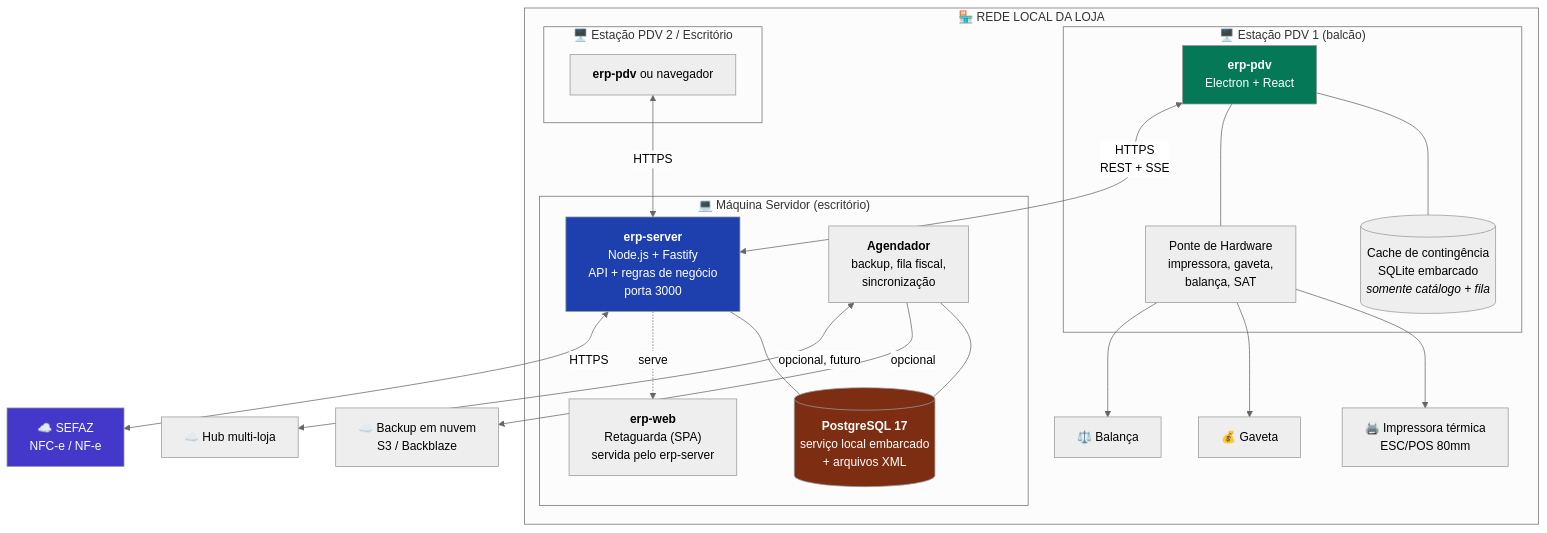
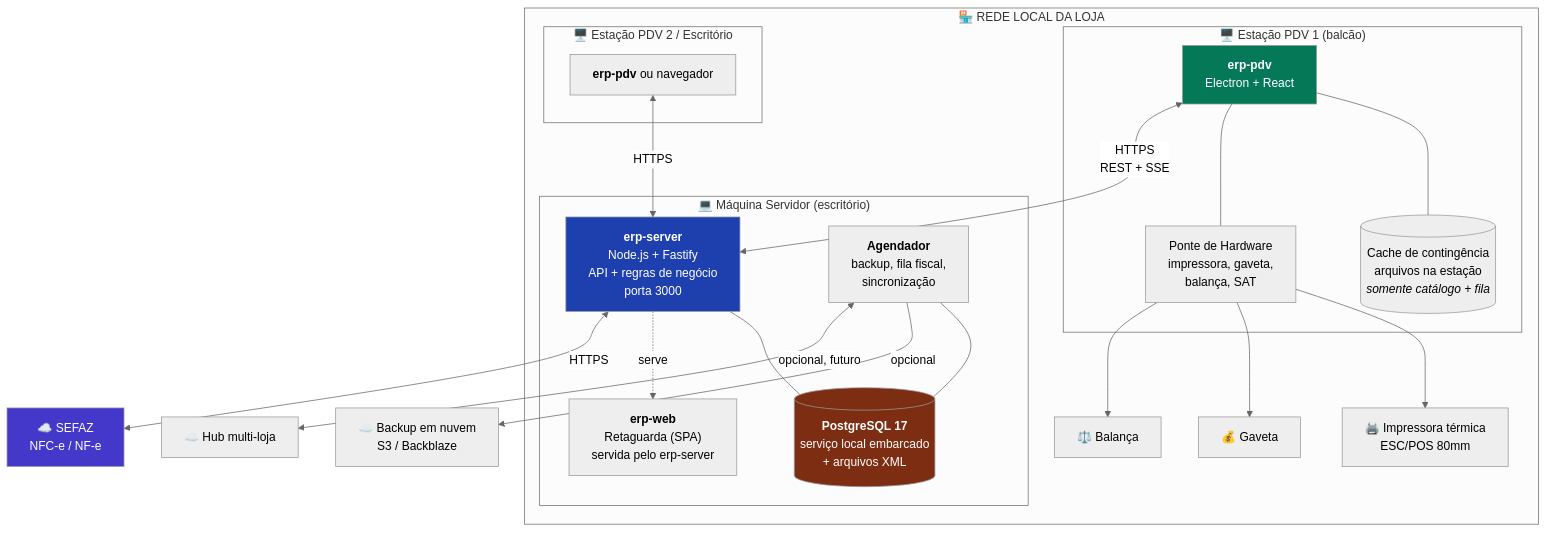
Before and after one commit to brilhatex-dotcom/erp-pdv: the second of 17 diagrams in docs/ARQUITETURA.md, drawn with Mermaid (neutral theme). The commit also changed other lines of this file and 21 other files, not shown here.

First line of the commit message:
feat(pdv,servidor): contingência offline — fila durável e sincronização idempotente

````diff
--- a/docs/ARQUITETURA.md
+++ b/docs/ARQUITETURA.md
@@ -181,41 +182,41 @@
 ```mermaid
 graph TB
     subgraph LOJA["🏪 REDE LOCAL DA LOJA"]
         subgraph SRV["💻 Máquina Servidor (escritório)"]
             API["<b>erp-server</b><br/>Node.js + Fastify<br/>API + regras de negócio<br/>porta 3000"]
             DB[("<b>PostgreSQL 17</b><br/>serviço local embarcado<br/>+ arquivos XML")]
             JOBS["<b>Agendador</b><br/>backup, fila fiscal,<br/>sincronização"]
             WEB["<b>erp-web</b><br/>Retaguarda (SPA)<br/>servida pelo erp-server"]
             API --- DB
             JOBS --- DB
             API -.serve.-> WEB
         end
 
         subgraph EST1["🖥️ Estação PDV 1 (balcão)"]
             PDV1["<b>erp-pdv</b><br/>Electron + React"]
-            LOCAL1[("Cache de contingência<br/>SQLite embarcado<br/><i>somente catálogo + fila</i>")]
+            LOCAL1[("Cache de contingência<br/>arquivos na estação<br/><i>somente catálogo + fila</i>")]
             HW1["Ponte de Hardware<br/>impressora, gaveta,<br/>balança, SAT"]
             PDV1 --- LOCAL1
             PDV1 --- HW1
         end
 
         subgraph EST2["🖥️ Estação PDV 2 / Escritório"]
             PDV2["<b>erp-pdv</b> ou navegador"]
         end
 
         PDV1 <-->|"HTTPS<br/>REST + SSE"| API
         PDV2 <-->|HTTPS| API
         HW1 --> IMP["🖨️ Impressora térmica<br/>ESC/POS 80mm"]
         HW1 --> GAV["💰 Gaveta"]
         HW1 --> BAL["⚖️ Balança"]
     end
 
     API <-->|HTTPS| SEFAZ["☁️ SEFAZ<br/>NFC-e / NF-e"]
     JOBS -->|opcional| NUVEM["☁️ Backup em nuvem<br/>S3 / Backblaze"]
     JOBS <-->|opcional, futuro| HUB["☁️ Hub multi-loja"]
 
     style API fill:#1e40af,color:#fff
     style PDV1 fill:#047857,color:#fff
     style DB fill:#7c2d12,color:#fff
     style SEFAZ fill:#4338ca,color:#fff
 ```
````
